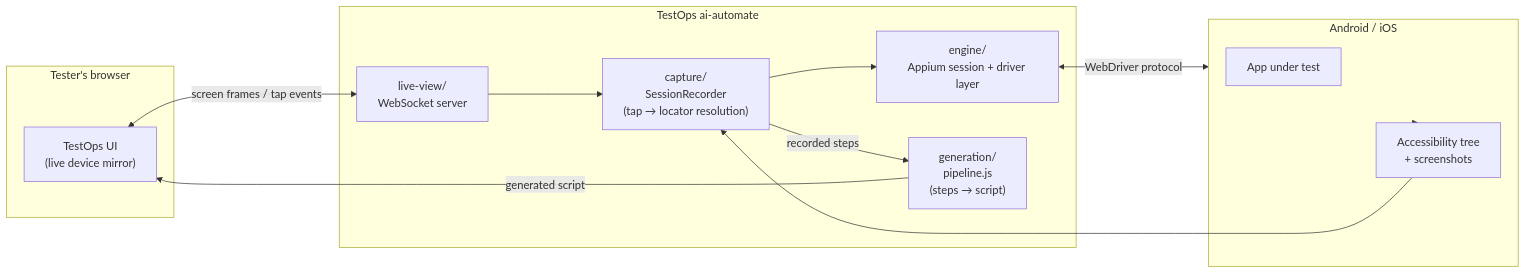
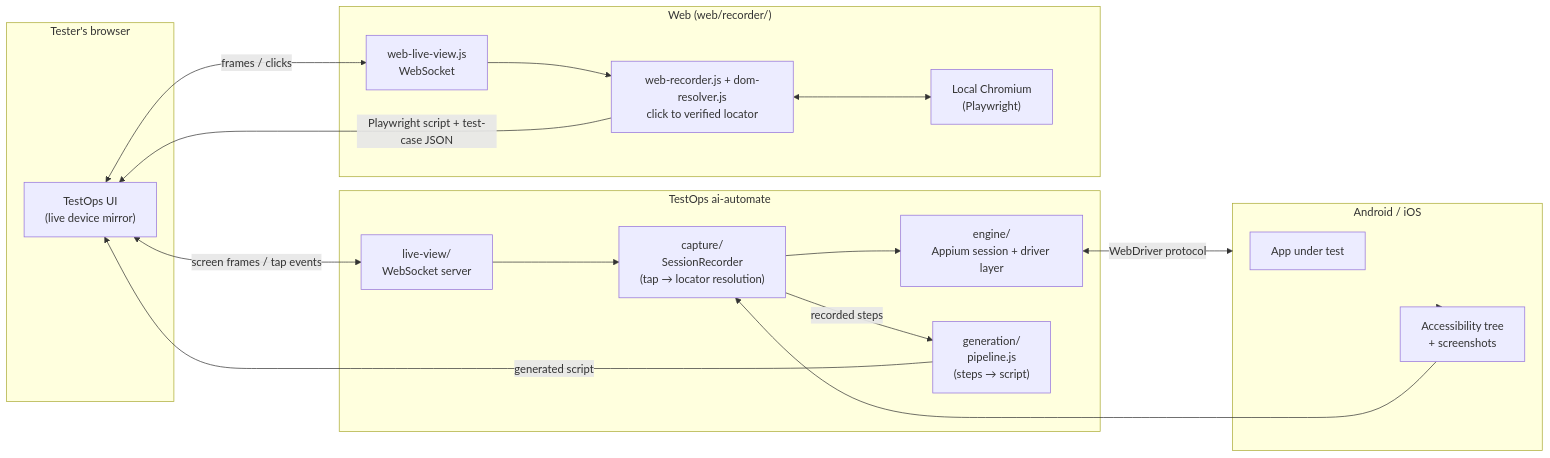
Before and after one commit to prabathkumar/phoenix: the diagram in README.md, drawn with Mermaid. The commit also changed other lines of this file and 6 other files, not shown here.

First line of the commit message:
Docs: ARCHITECTURE.md (both recording paths, how Appium/Playwright/AI layers fit), README diagram fix + web path, spec, developer guide, setup, integration guide, Docker notes

````diff
--- a/README.md
+++ b/README.md
@@ -47,27 +48,37 @@
 ```mermaid
 flowchart LR
     subgraph Tester["Tester's browser"]
         UI["TestOps UI\n(live device mirror)"]
     end
 
-    subgraph TestOps ai-automate["TestOps ai-automate"]
+    subgraph Core["TestOps ai-automate"]
         LV["live-view/\nWebSocket server"]
         ENG["engine/\nAppium session + driver layer"]
         CAP["capture/\nSessionRecorder\n(tap → locator resolution)"]
         GEN["generation/\npipeline.js\n(steps → script)"]
     end
 
     subgraph Device["Android / iOS"]
         APP["App under test"]
         A11Y["Accessibility tree\n+ screenshots"]
     end
 
+    subgraph Web["Web (web/recorder/)"]
+        WLV["web-live-view.js\nWebSocket"]
+        WREC["web-recorder.js + dom-resolver.js\nclick to verified locator"]
+        CHR["Local Chromium\n(Playwright)"]
+    end
+
     UI <-- "screen frames / tap events" --> LV
     LV --> CAP
     CAP --> ENG
     ENG <-- "WebDriver protocol" --> Device
     Device --> A11Y
     A11Y --> CAP
     CAP -- "recorded steps" --> GEN
     GEN -- "generated script" --> UI
+
+    UI <-- "frames / clicks" --> WLV
+    WLV --> WREC <--> CHR
+    WREC -- "Playwright script + test-case JSON" --> UI
 ```
````
